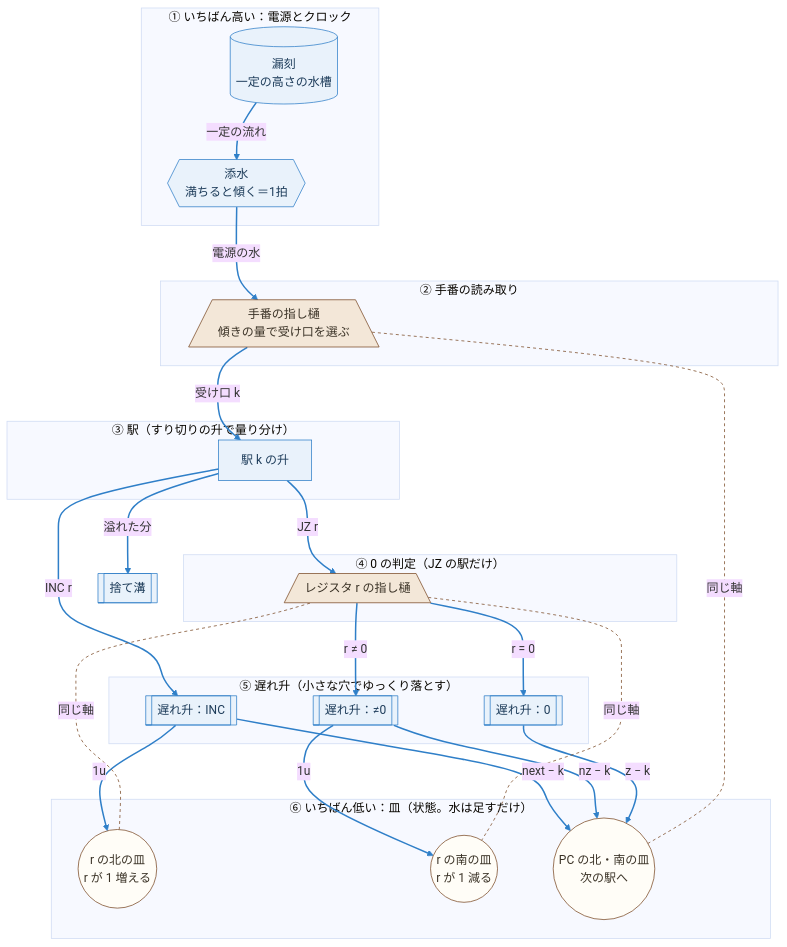
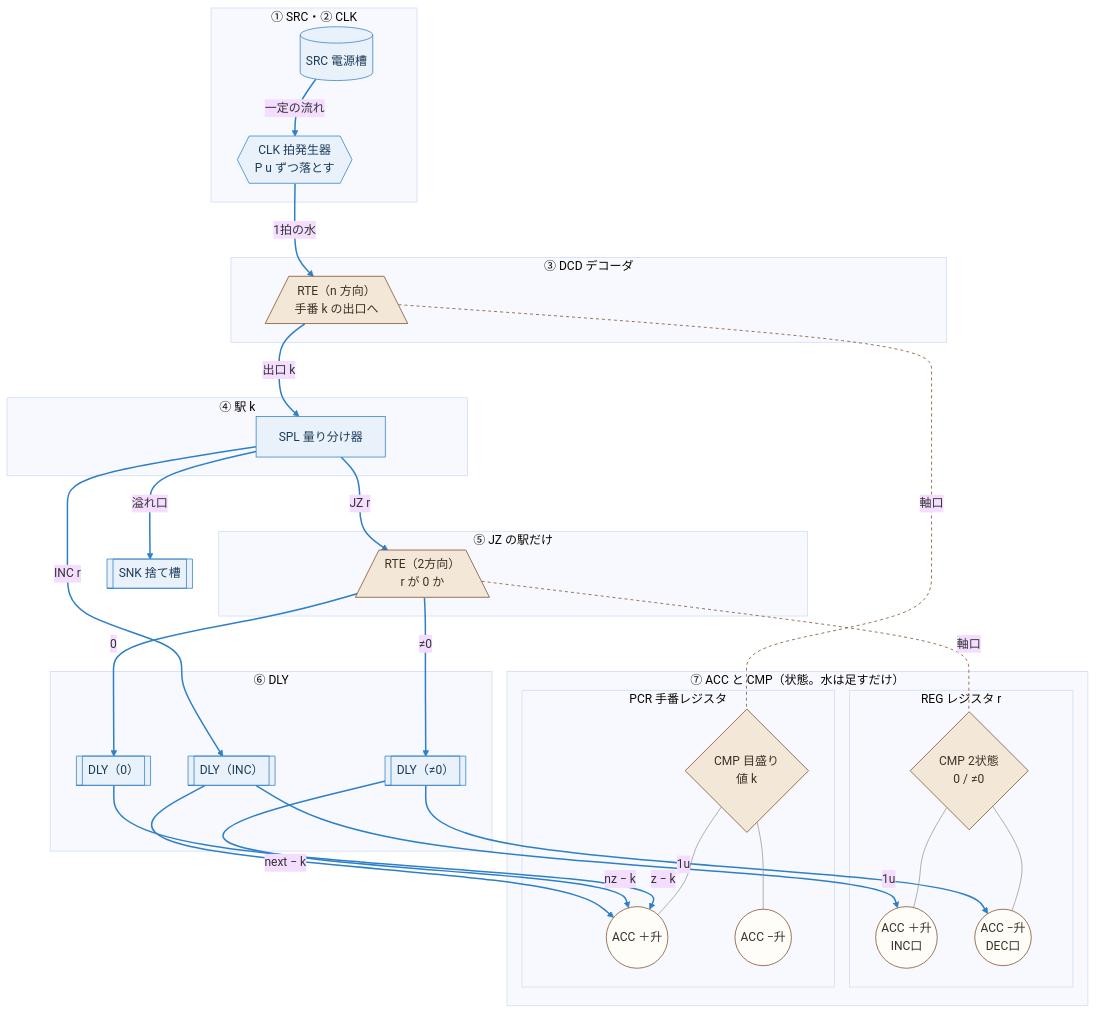
Before and after one commit to kuippa/Sakafune: the first of 2 diagrams in design/10_fall-model.md, drawn with Mermaid (base theme). The commit also changed other lines of this file and 6 other files, not shown here.

````diff
--- a/design/10_fall-model.md
+++ b/design/10_fall-model.md
@@ -70,55 +71,66 @@
 ```mermaid
 flowchart TB
-  subgraph T1["① いちばん高い：電源とクロック"]
-    TANK[("漏刻<br/>一定の高さの水槽")]
-    SOZU{{"添水<br/>満ちると傾く＝1拍"}}
+  subgraph T1["① SRC・② CLK"]
+    SRC[("SRC 電源槽")]
+    CLK{{"CLK 拍発生器<br/>P u ずつ落とす"}}
   end
-  subgraph T2["② 手番の読み取り"]
-    DEC[/"手番の指し樋<br/>傾きの量で受け口を選ぶ"\]
+  subgraph T3["③ DCD デコーダ"]
+    DRTE[/"RTE（n 方向）<br/>手番 k の出口へ"\]
   end
-  subgraph T3["③ 駅（すり切りの升で量り分け）"]
-    ST["駅 k の升"]
+  subgraph T4["④ 駅 k"]
+    SPL["SPL 量り分け器"]
   end
-  subgraph T4["④ 0 の判定（JZ の駅だけ）"]
-    ZP[/"レジスタ r の指し樋"\]
+  subgraph T5["⑤ JZ の駅だけ"]
+    ZRTE[/"RTE（2方向）<br/>r が 0 か"\]
   end
-  subgraph T5["⑤ 遅れ升（小さな穴でゆっくり落とす）"]
-    DI[["遅れ升：INC"]]
-    DN[["遅れ升：≠0"]]
-    DZ[["遅れ升：0"]]
+  subgraph T6["⑥ DLY"]
+    DI[["DLY（INC）"]]
+    DN[["DLY（≠0）"]]
+    DZ[["DLY（0）"]]
   end
-  subgraph T6["⑥ いちばん低い：皿（状態。水は足すだけ）"]
-    RN(("r の北の皿<br/>r が 1 増える"))
-    RS(("r の南の皿<br/>r が 1 減る"))
-    PCP(("PC の北・南の皿<br/>次の駅へ"))
+  subgraph T7["⑦ ACC と CMP（状態。水は足すだけ）"]
+    subgraph REG["REG レジスタ r"]
+      RP(("ACC ＋升<br/>INC口"))
+      RM(("ACC −升<br/>DEC口"))
+      RC{"CMP 2状態<br/>0 / ≠0"}
+    end
+    subgraph PCR["PCR 手番レジスタ"]
+      PP(("ACC ＋升"))
+      PM(("ACC −升"))
+      PC{"CMP 目盛り<br/>値 k"}
+    end
   end
-  W[["捨て溝"]]
+  SNK[["SNK 捨て槽"]]
 
-  TANK -->|"一定の流れ"| SOZU
-  SOZU -->|"電源の水"| DEC
-  DEC -->|"受け口 k"| ST
-  ST -->|"INC r"| DI
-  ST -->|"JZ r"| ZP
-  ST -->|"溢れた分"| W
-  ZP -->|"r ≠ 0"| DN
-  ZP -->|"r = 0"| DZ
-  DI -->|"1u"| RN
-  DI -->|"next − k"| PCP
-  DN -->|"1u"| RS
-  DN -->|"nz − k"| PCP
-  DZ -->|"z − k"| PCP
+  SRC -->|"一定の流れ"| CLK
+  CLK -->|"1拍の水"| DRTE
+  DRTE -->|"出口 k"| SPL
+  SPL -->|"INC r"| DI
+  SPL -->|"JZ r"| ZRTE
+  SPL -->|"溢れ口"| SNK
+  ZRTE -->|"≠0"| DN
+  ZRTE -->|"0"| DZ
+  DI -->|"1u"| RP
+  DI -->|"next − k"| PP
+  DN -->|"1u"| RM
+  DN -->|"nz − k"| PP
+  DZ -->|"z − k"| PP
 
-  DEC -.-|"同じ軸"| PCP
-  ZP -.-|"同じ軸"| RN
-  ZP -.-|"同じ軸"| RS
-  T1 ~~~ T2 ~~~ T3 ~~~ T4 ~~~ T5 ~~~ T6
+  DRTE -.-|"軸口"| PC
+  ZRTE -.-|"軸口"| RC
+  RC --- RP
+  RC --- RM
+  PC --- PP
+  PC --- PM
+  T1 ~~~ T3 ~~~ T4 ~~~ T5 ~~~ T6 ~~~ T7
 
   classDef water fill:#e9f2fb,stroke:#2f7fc8,color:#1d3c5a
   classDef wood fill:#f3e7d8,stroke:#7a4a26,color:#3a3226
-  classDef pan fill:#fffdf7,stroke:#7a4a26,color:#3a3226
-  class TANK,SOZU,ST,DI,DN,DZ,W water
-  class DEC,ZP wood
-  class RN,RS,PCP pan
+  classDef acc fill:#fffdf7,stroke:#7a4a26,color:#3a3226
+  class SRC,CLK,SPL,DI,DN,DZ,SNK water
+  class DRTE,ZRTE,RC,PC wood
+  class RP,RM,PP,PM acc
   linkStyle 0,1,2,3,4,5,6,7,8,9,10,11,12 stroke:#2f7fc8,stroke-width:2px
-  linkStyle 13,14,15 stroke:#7a4a26,stroke-dasharray:4 4
+  linkStyle 13,14 stroke:#7a4a26,stroke-dasharray:4 4
+  linkStyle 15,16,17,18 stroke:#9b958a,stroke-width:1px
 ```
````
